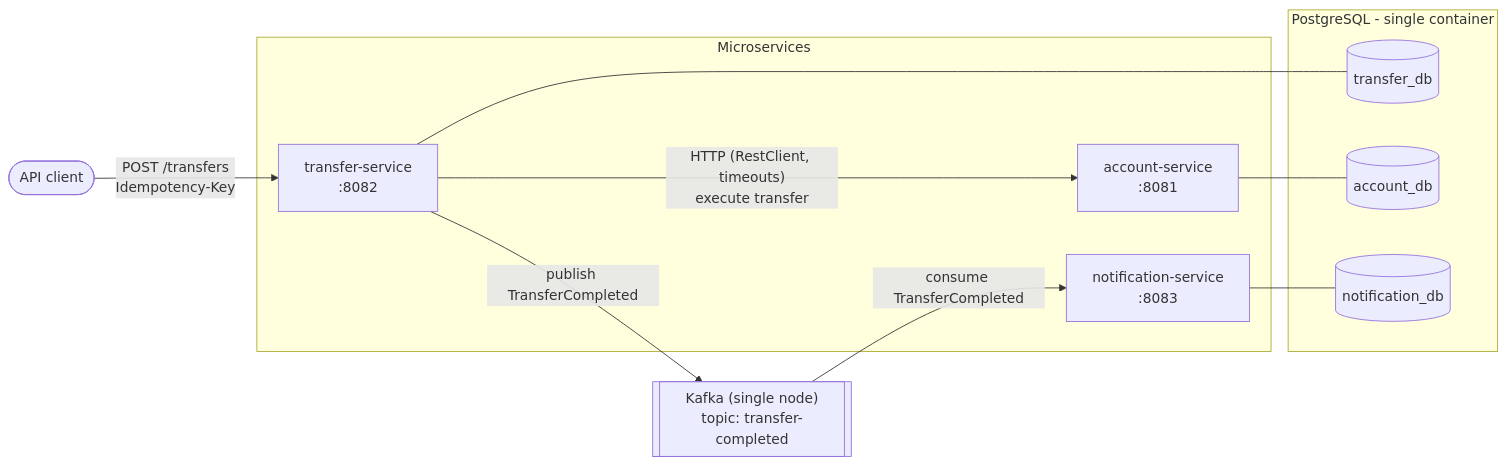
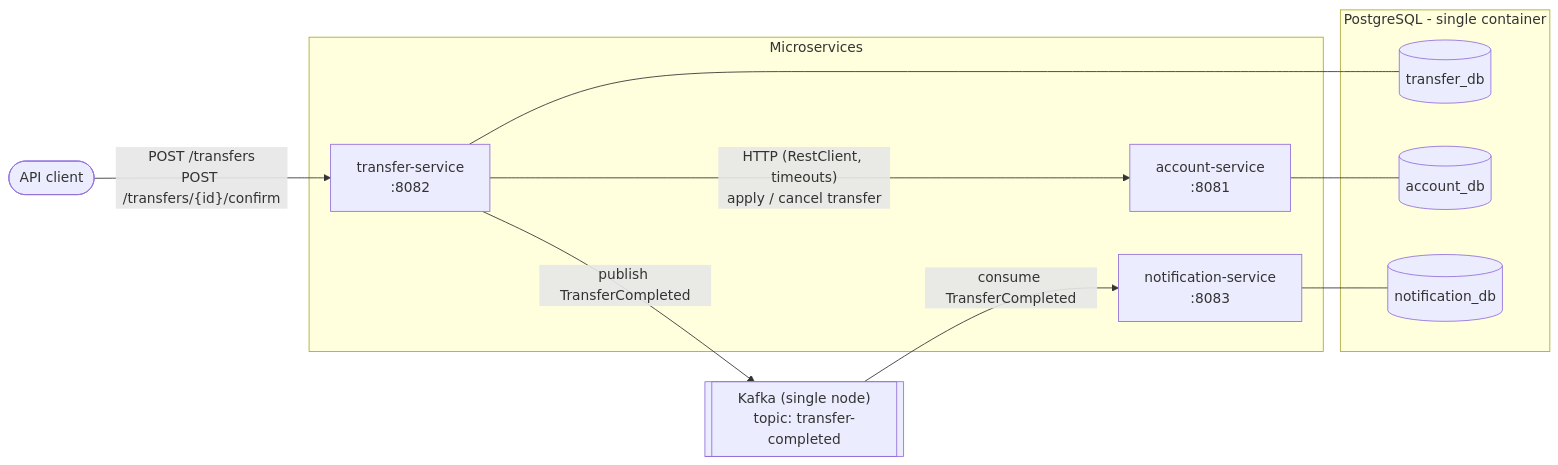
The first of 3 diagrams in docs/architecture.md (pr4m1/payments-platform), drawn with Mermaid before and after one commit. The commit also changed other lines of this file and 3 other files, not shown here.

First line of the commit message:
docs: document two-step transfer model and idempotency decisions

````diff
--- a/docs/architecture.md
+++ b/docs/architecture.md
@@ -9,27 +9,27 @@
 ```mermaid
 flowchart LR
     client([API client])
 
     subgraph services[Microservices]
         transfer["transfer-service<br/>:8082"]
         account["account-service<br/>:8081"]
         notification["notification-service<br/>:8083"]
     end
 
     subgraph postgres[PostgreSQL - single container]
         transferDb[(transfer_db)]
         accountDb[(account_db)]
         notificationDb[(notification_db)]
     end
 
     kafka[["Kafka (single node)<br/>topic: transfer-completed"]]
 
-    client -- "POST /transfers<br/>Idempotency-Key" --> transfer
-    transfer -- "HTTP (RestClient, timeouts)<br/>execute transfer" --> account
+    client -- "POST /transfers<br/>POST /transfers/{id}/confirm" --> transfer
+    transfer -- "HTTP (RestClient, timeouts)<br/>apply / cancel transfer" --> account
     transfer -- "publish TransferCompleted" --> kafka
     kafka -- "consume TransferCompleted" --> notification
 
     transfer --- transferDb
     account --- accountDb
     notification --- notificationDb
 ```
````
